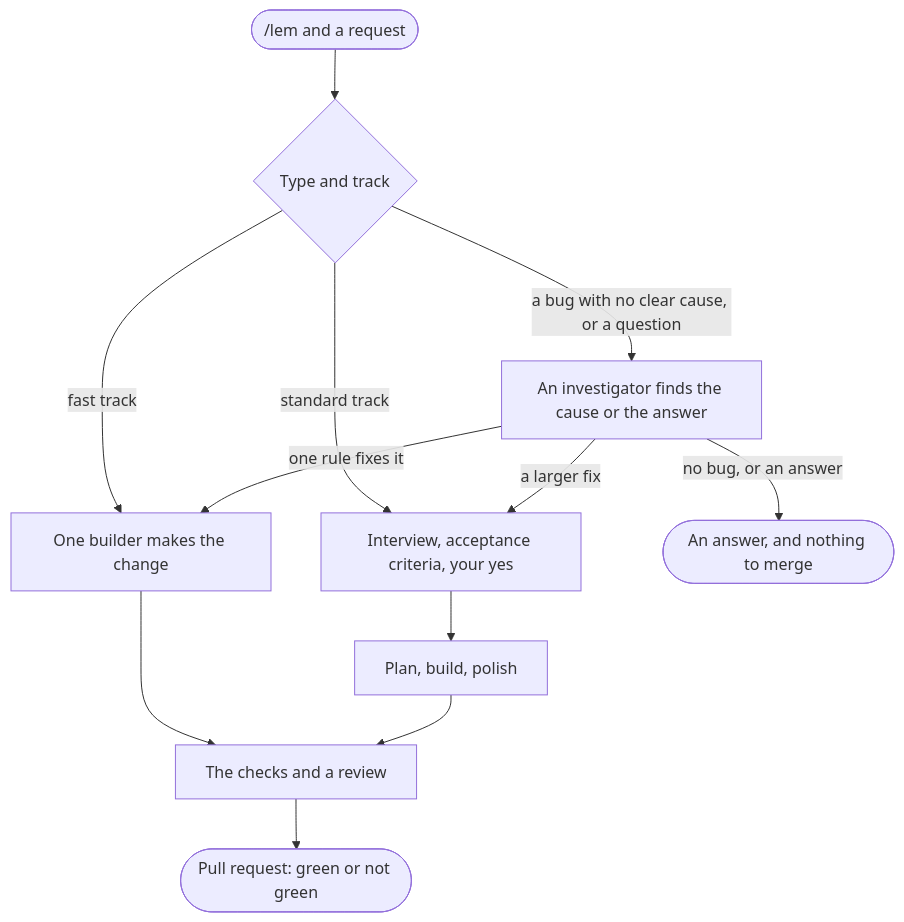
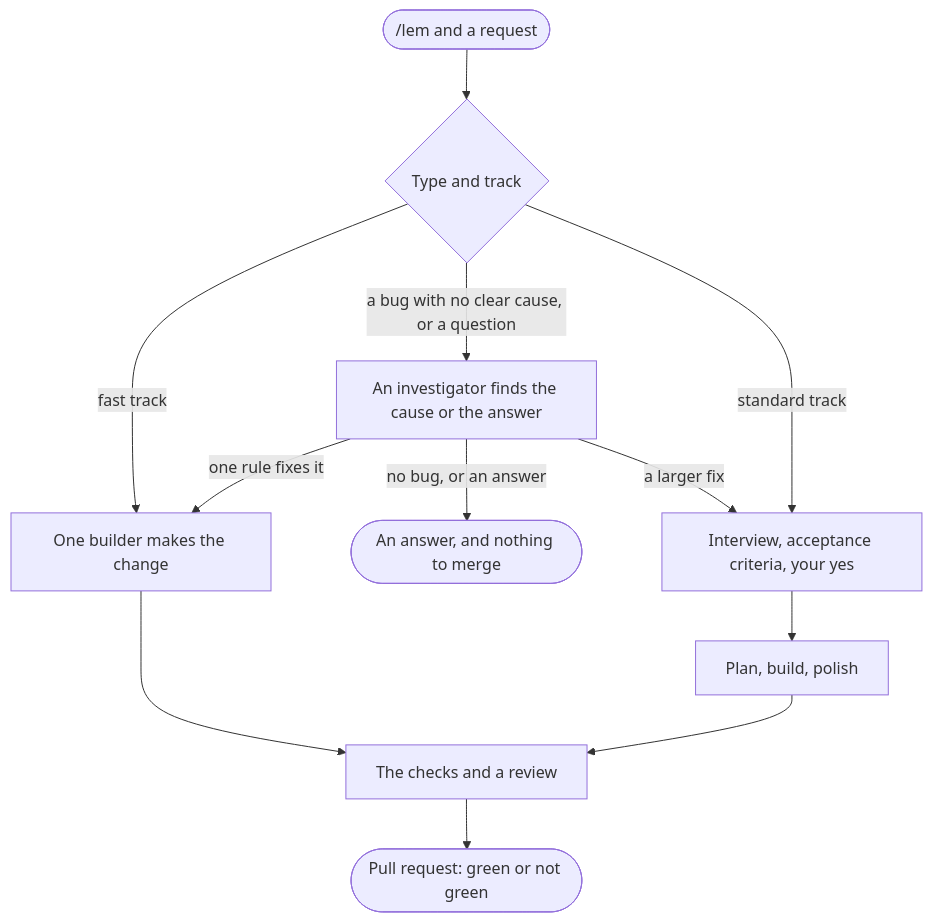
The diagram in docs/flow.md (pySilver/lem), drawn with Mermaid before and after one commit. The commit also changed 2 other files, not shown here.

Commit message:
docs(charts): each label of a chart is quoted, and the flow chart draws with no crossing lines

````diff
--- a/docs/flow.md
+++ b/docs/flow.md
@@ -3,14 +3,14 @@
 ```mermaid
 flowchart TD
-    req([/lem and a request]) --> track{Type and track}
-    track -- fast track --> one[One builder makes the change]
-    track -- standard track --> crit[Interview, acceptance criteria, your yes]
-    track -- a bug with no clear cause, or a question --> inv[An investigator finds the cause or the answer]
-    inv -- one rule fixes it --> one
-    inv -- a larger fix --> crit
-    inv -- no bug, or an answer --> stop([An answer, and nothing to merge])
-    crit --> plan[Plan, build, polish]
-    one --> checks[The checks and a review]
+    req(["/lem and a request"]) --> track{"Type and track"}
+    track -- "fast track" --> one["One builder makes the change"]
+    track -- "a bug with no clear cause, or a question" --> inv["An investigator finds the cause or the answer"]
+    track -- "standard track" --> crit["Interview, acceptance criteria, your yes"]
+    inv -- "one rule fixes it" --> one
+    inv -- "no bug, or an answer" --> stop(["An answer, and nothing to merge"])
+    inv -- "a larger fix" --> crit
+    one --> checks["The checks and a review"]
+    crit --> plan["Plan, build, polish"]
     plan --> checks
-    checks --> pr([Pull request: green or not green])
+    checks --> pr(["Pull request: green or not green"])
 ```
````
